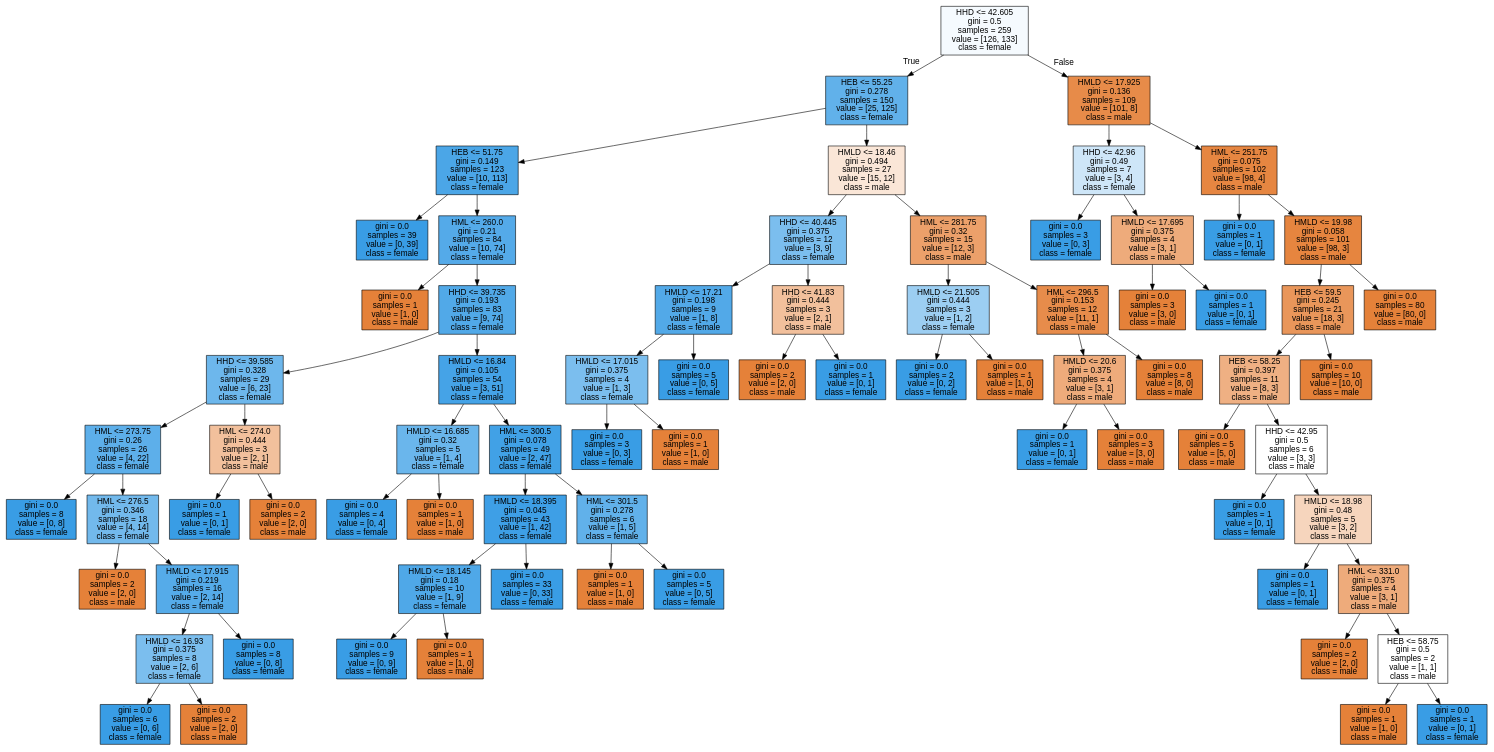
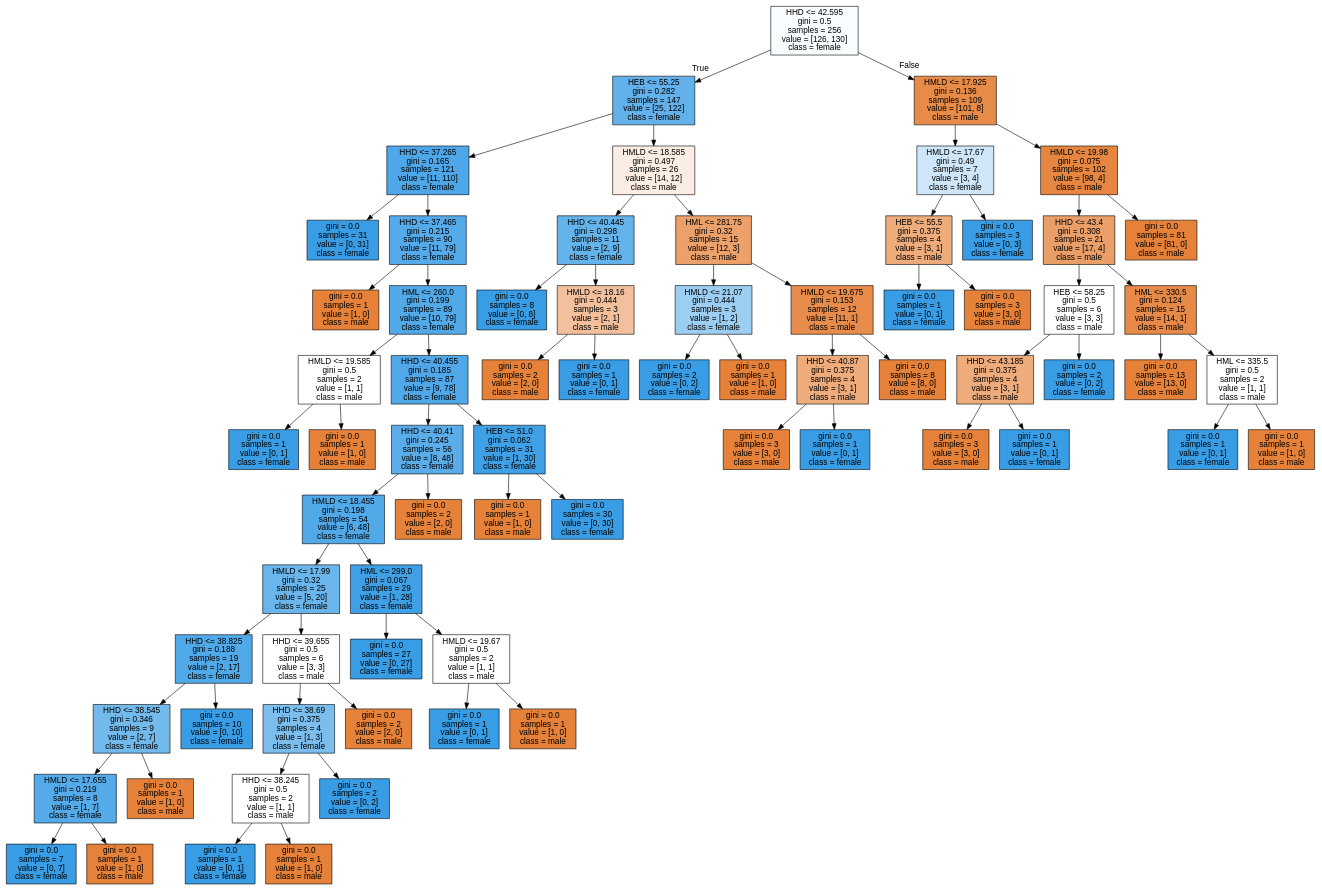
The diagram in data/decision_trees/tree_sex_humerus.dot (AndreeaBolonyi/ReconstituiriIstorice), drawn with Graphviz before and after one commit. The commit also changed 4 other files, not shown here.

```diff
--- a/data/decision_trees/tree_sex_humerus.dot
+++ b/data/decision_trees/tree_sex_humerus.dot
@@ -1,153 +1,145 @@
 digraph Tree {
 node [shape=box, style="filled", color="black", fontname="helvetica"] ;
 edge [fontname="helvetica"] ;
-0 [label="HHD <= 42.605\ngini = 0.5\nsamples = 259\nvalue = [126, 133]\nclass = female", fillcolor="#f5fafe"] ;
-1 [label="HEB <= 55.25\ngini = 0.278\nsamples = 150\nvalue = [25, 125]\nclass = female", fillcolor="#61b1ea"] ;
+0 [label="HHD <= 42.595\ngini = 0.5\nsamples = 256\nvalue = [126, 130]\nclass = female", fillcolor="#f9fcfe"] ;
+1 [label="HEB <= 55.25\ngini = 0.282\nsamples = 147\nvalue = [25, 122]\nclass = female", fillcolor="#62b1ea"] ;
 0 -> 1 [labeldistance=2.5, labelangle=45, headlabel="True"] ;
-2 [label="HEB <= 51.75\ngini = 0.149\nsamples = 123\nvalue = [10, 113]\nclass = female", fillcolor="#4ba6e7"] ;
+2 [label="HHD <= 37.265\ngini = 0.165\nsamples = 121\nvalue = [11, 110]\nclass = female", fillcolor="#4da7e8"] ;
 1 -> 2 ;
-3 [label="gini = 0.0\nsamples = 39\nvalue = [0, 39]\nclass = female", fillcolor="#399de5"] ;
+3 [label="gini = 0.0\nsamples = 31\nvalue = [0, 31]\nclass = female", fillcolor="#399de5"] ;
 2 -> 3 ;
-4 [label="HML <= 260.0\ngini = 0.21\nsamples = 84\nvalue = [10, 74]\nclass = female", fillcolor="#54aae9"] ;
+4 [label="HHD <= 37.465\ngini = 0.215\nsamples = 90\nvalue = [11, 79]\nclass = female", fillcolor="#55abe9"] ;
 2 -> 4 ;
 5 [label="gini = 0.0\nsamples = 1\nvalue = [1, 0]\nclass = male", fillcolor="#e58139"] ;
 4 -> 5 ;
-6 [label="HHD <= 39.735\ngini = 0.193\nsamples = 83\nvalue = [9, 74]\nclass = female", fillcolor="#51a9e8"] ;
+6 [label="HML <= 260.0\ngini = 0.199\nsamples = 89\nvalue = [10, 79]\nclass = female", fillcolor="#52a9e8"] ;
 4 -> 6 ;
-7 [label="HHD <= 39.585\ngini = 0.328\nsamples = 29\nvalue = [6, 23]\nclass = female", fillcolor="#6db7ec"] ;
+7 [label="HMLD <= 19.585\ngini = 0.5\nsamples = 2\nvalue = [1, 1]\nclass = male", fillcolor="#ffffff"] ;
 6 -> 7 ;
-8 [label="HML <= 273.75\ngini = 0.26\nsamples = 26\nvalue = [4, 22]\nclass = female", fillcolor="#5dafea"] ;
+8 [label="gini = 0.0\nsamples = 1\nvalue = [0, 1]\nclass = female", fillcolor="#399de5"] ;
 7 -> 8 ;
-9 [label="gini = 0.0\nsamples = 8\nvalue = [0, 8]\nclass = female", fillcolor="#399de5"] ;
-8 -> 9 ;
-10 [label="HML <= 276.5\ngini = 0.346\nsamples = 18\nvalue = [4, 14]\nclass = female", fillcolor="#72b9ec"] ;
-8 -> 10 ;
-11 [label="gini = 0.0\nsamples = 2\nvalue = [2, 0]\nclass = male", fillcolor="#e58139"] ;
+9 [label="gini = 0.0\nsamples = 1\nvalue = [1, 0]\nclass = male", fillcolor="#e58139"] ;
+7 -> 9 ;
+10 [label="HHD <= 40.455\ngini = 0.185\nsamples = 87\nvalue = [9, 78]\nclass = female", fillcolor="#50a8e8"] ;
+6 -> 10 ;
+11 [label="HHD <= 40.41\ngini = 0.245\nsamples = 56\nvalue = [8, 48]\nclass = female", fillcolor="#5aade9"] ;
 10 -> 11 ;
-12 [label="HMLD <= 17.915\ngini = 0.219\nsamples = 16\nvalue = [2, 14]\nclass = female", fillcolor="#55abe9"] ;
-10 -> 12 ;
-13 [label="HMLD <= 16.93\ngini = 0.375\nsamples = 8\nvalue = [2, 6]\nclass = female", fillcolor="#7bbeee"] ;
+12 [label="HMLD <= 18.455\ngini = 0.198\nsamples = 54\nvalue = [6, 48]\nclass = female", fillcolor="#52a9e8"] ;
+11 -> 12 ;
+13 [label="HMLD <= 17.99\ngini = 0.32\nsamples = 25\nvalue = [5, 20]\nclass = female", fillcolor="#6ab6ec"] ;
 12 -> 13 ;
-14 [label="gini = 0.0\nsamples = 6\nvalue = [0, 6]\nclass = female", fillcolor="#399de5"] ;
+14 [label="HHD <= 38.825\ngini = 0.188\nsamples = 19\nvalue = [2, 17]\nclass = female", fillcolor="#50a9e8"] ;
 13 -> 14 ;
-15 [label="gini = 0.0\nsamples = 2\nvalue = [2, 0]\nclass = male", fillcolor="#e58139"] ;
-13 -> 15 ;
-16 [label="gini = 0.0\nsamples = 8\nvalue = [0, 8]\nclass = female", fillcolor="#399de5"] ;
-12 -> 16 ;
-17 [label="HML <= 274.0\ngini = 0.444\nsamples = 3\nvalue = [2, 1]\nclass = male", fillcolor="#f2c09c"] ;
-7 -> 17 ;
-18 [label="gini = 0.0\nsamples = 1\nvalue = [0, 1]\nclass = female", fillcolor="#399de5"] ;
-17 -> 18 ;
-19 [label="gini = 0.0\nsamples = 2\nvalue = [2, 0]\nclass = male", fillcolor="#e58139"] ;
-17 -> 19 ;
-20 [label="HMLD <= 16.84\ngini = 0.105\nsamples = 54\nvalue = [3, 51]\nclass = female", fillcolor="#45a3e7"] ;
-6 -> 20 ;
-21 [label="HMLD <= 16.685\ngini = 0.32\nsamples = 5\nvalue = [1, 4]\nclass = female", fillcolor="#6ab6ec"] ;
-20 -> 21 ;
-22 [label="gini = 0.0\nsamples = 4\nvalue = [0, 4]\nclass = female", fillcolor="#399de5"] ;
+15 [label="HHD <= 38.545\ngini = 0.346\nsamples = 9\nvalue = [2, 7]\nclass = female", fillcolor="#72b9ec"] ;
+14 -> 15 ;
+16 [label="HMLD <= 17.655\ngini = 0.219\nsamples = 8\nvalue = [1, 7]\nclass = female", fillcolor="#55abe9"] ;
+15 -> 16 ;
+17 [label="gini = 0.0\nsamples = 7\nvalue = [0, 7]\nclass = female", fillcolor="#399de5"] ;
+16 -> 17 ;
+18 [label="gini = 0.0\nsamples = 1\nvalue = [1, 0]\nclass = male", fillcolor="#e58139"] ;
+16 -> 18 ;
+19 [label="gini = 0.0\nsamples = 1\nvalue = [1, 0]\nclass = male", fillcolor="#e58139"] ;
+15 -> 19 ;
+20 [label="gini = 0.0\nsamples = 10\nvalue = [0, 10]\nclass = female", fillcolor="#399de5"] ;
+14 -> 20 ;
+21 [label="HHD <= 39.655\ngini = 0.5\nsamples = 6\nvalue = [3, 3]\nclass = male", fillcolor="#ffffff"] ;
+13 -> 21 ;
+22 [label="HHD <= 38.69\ngini = 0.375\nsamples = 4\nvalue = [1, 3]\nclass = female", fillcolor="#7bbeee"] ;
 21 -> 22 ;
-23 [label="gini = 0.0\nsamples = 1\nvalue = [1, 0]\nclass = male", fillcolor="#e58139"] ;
-21 -> 23 ;
-24 [label="HML <= 300.5\ngini = 0.078\nsamples = 49\nvalue = [2, 47]\nclass = female", fillcolor="#41a1e6"] ;
-20 -> 24 ;
-25 [label="HMLD <= 18.395\ngini = 0.045\nsamples = 43\nvalue = [1, 42]\nclass = female", fillcolor="#3e9fe6"] ;
-24 -> 25 ;
-26 [label="HMLD <= 18.145\ngini = 0.18\nsamples = 10\nvalue = [1, 9]\nclass = female", fillcolor="#4fa8e8"] ;
-25 -> 26 ;
-27 [label="gini = 0.0\nsamples = 9\nvalue = [0, 9]\nclass = female", fillcolor="#399de5"] ;
-26 -> 27 ;
-28 [label="gini = 0.0\nsamples = 1\nvalue = [1, 0]\nclass = male", fillcolor="#e58139"] ;
-26 -> 28 ;
-29 [label="gini = 0.0\nsamples = 33\nvalue = [0, 33]\nclass = female", fillcolor="#399de5"] ;
-25 -> 29 ;
-30 [label="HML <= 301.5\ngini = 0.278\nsamples = 6\nvalue = [1, 5]\nclass = female", fillcolor="#61b1ea"] ;
-24 -> 30 ;
-31 [label="gini = 0.0\nsamples = 1\nvalue = [1, 0]\nclass = male", fillcolor="#e58139"] ;
+23 [label="HHD <= 38.245\ngini = 0.5\nsamples = 2\nvalue = [1, 1]\nclass = male", fillcolor="#ffffff"] ;
+22 -> 23 ;
+24 [label="gini = 0.0\nsamples = 1\nvalue = [0, 1]\nclass = female", fillcolor="#399de5"] ;
+23 -> 24 ;
+25 [label="gini = 0.0\nsamples = 1\nvalue = [1, 0]\nclass = male", fillcolor="#e58139"] ;
+23 -> 25 ;
+26 [label="gini = 0.0\nsamples = 2\nvalue = [0, 2]\nclass = female", fillcolor="#399de5"] ;
+22 -> 26 ;
+27 [label="gini = 0.0\nsamples = 2\nvalue = [2, 0]\nclass = male", fillcolor="#e58139"] ;
+21 -> 27 ;
+28 [label="HML <= 299.0\ngini = 0.067\nsamples = 29\nvalue = [1, 28]\nclass = female", fillcolor="#40a0e6"] ;
+12 -> 28 ;
+29 [label="gini = 0.0\nsamples = 27\nvalue = [0, 27]\nclass = female", fillcolor="#399de5"] ;
+28 -> 29 ;
+30 [label="HMLD <= 19.67\ngini = 0.5\nsamples = 2\nvalue = [1, 1]\nclass = male", fillcolor="#ffffff"] ;
+28 -> 30 ;
+31 [label="gini = 0.0\nsamples = 1\nvalue = [0, 1]\nclass = female", fillcolor="#399de5"] ;
 30 -> 31 ;
-32 [label="gini = 0.0\nsamples = 5\nvalue = [0, 5]\nclass = female", fillcolor="#399de5"] ;
+32 [label="gini = 0.0\nsamples = 1\nvalue = [1, 0]\nclass = male", fillcolor="#e58139"] ;
 30 -> 32 ;
-33 [label="HMLD <= 18.46\ngini = 0.494\nsamples = 27\nvalue = [15, 12]\nclass = male", fillcolor="#fae6d7"] ;
-1 -> 33 ;
-34 [label="HHD <= 40.445\ngini = 0.375\nsamples = 12\nvalue = [3, 9]\nclass = female", fillcolor="#7bbeee"] ;
-33 -> 34 ;
-35 [label="HMLD <= 17.21\ngini = 0.198\nsamples = 9\nvalue = [1, 8]\nclass = female", fillcolor="#52a9e8"] ;
+33 [label="gini = 0.0\nsamples = 2\nvalue = [2, 0]\nclass = male", fillcolor="#e58139"] ;
+11 -> 33 ;
+34 [label="HEB <= 51.0\ngini = 0.062\nsamples = 31\nvalue = [1, 30]\nclass = female", fillcolor="#40a0e6"] ;
+10 -> 34 ;
+35 [label="gini = 0.0\nsamples = 1\nvalue = [1, 0]\nclass = male", fillcolor="#e58139"] ;
 34 -> 35 ;
-36 [label="HMLD <= 17.015\ngini = 0.375\nsamples = 4\nvalue = [1, 3]\nclass = female", fillcolor="#7bbeee"] ;
-35 -> 36 ;
-37 [label="gini = 0.0\nsamples = 3\nvalue = [0, 3]\nclass = female", fillcolor="#399de5"] ;
-36 -> 37 ;
-38 [label="gini = 0.0\nsamples = 1\nvalue = [1, 0]\nclass = male", fillcolor="#e58139"] ;
-36 -> 38 ;
-39 [label="gini = 0.0\nsamples = 5\nvalue = [0, 5]\nclass = female", fillcolor="#399de5"] ;
-35 -> 39 ;
-40 [label="HHD <= 41.83\ngini = 0.444\nsamples = 3\nvalue = [2, 1]\nclass = male", fillcolor="#f2c09c"] ;
-34 -> 40 ;
+36 [label="gini = 0.0\nsamples = 30\nvalue = [0, 30]\nclass = female", fillcolor="#399de5"] ;
+34 -> 36 ;
+37 [label="HMLD <= 18.585\ngini = 0.497\nsamples = 26\nvalue = [14, 12]\nclass = male", fillcolor="#fbede3"] ;
+1 -> 37 ;
+38 [label="HHD <= 40.445\ngini = 0.298\nsamples = 11\nvalue = [2, 9]\nclass = female", fillcolor="#65b3eb"] ;
+37 -> 38 ;
+39 [label="gini = 0.0\nsamples = 8\nvalue = [0, 8]\nclass = female", fillcolor="#399de5"] ;
+38 -> 39 ;
+40 [label="HMLD <= 18.16\ngini = 0.444\nsamples = 3\nvalue = [2, 1]\nclass = male", fillcolor="#f2c09c"] ;
+38 -> 40 ;
 41 [label="gini = 0.0\nsamples = 2\nvalue = [2, 0]\nclass = male", fillcolor="#e58139"] ;
 40 -> 41 ;
 42 [label="gini = 0.0\nsamples = 1\nvalue = [0, 1]\nclass = female", fillcolor="#399de5"] ;
 40 -> 42 ;
 43 [label="HML <= 281.75\ngini = 0.32\nsamples = 15\nvalue = [12, 3]\nclass = male", fillcolor="#eca06a"] ;
-33 -> 43 ;
-44 [label="HMLD <= 21.505\ngini = 0.444\nsamples = 3\nvalue = [1, 2]\nclass = female", fillcolor="#9ccef2"] ;
+37 -> 43 ;
+44 [label="HMLD <= 21.07\ngini = 0.444\nsamples = 3\nvalue = [1, 2]\nclass = female", fillcolor="#9ccef2"] ;
 43 -> 44 ;
 45 [label="gini = 0.0\nsamples = 2\nvalue = [0, 2]\nclass = female", fillcolor="#399de5"] ;
 44 -> 45 ;
 46 [label="gini = 0.0\nsamples = 1\nvalue = [1, 0]\nclass = male", fillcolor="#e58139"] ;
 44 -> 46 ;
-47 [label="HML <= 296.5\ngini = 0.153\nsamples = 12\nvalue = [11, 1]\nclass = male", fillcolor="#e78c4b"] ;
+47 [label="HMLD <= 19.675\ngini = 0.153\nsamples = 12\nvalue = [11, 1]\nclass = male", fillcolor="#e78c4b"] ;
 43 -> 47 ;
-48 [label="HMLD <= 20.6\ngini = 0.375\nsamples = 4\nvalue = [3, 1]\nclass = male", fillcolor="#eeab7b"] ;
+48 [label="HHD <= 40.87\ngini = 0.375\nsamples = 4\nvalue = [3, 1]\nclass = male", fillcolor="#eeab7b"] ;
 47 -> 48 ;
-49 [label="gini = 0.0\nsamples = 1\nvalue = [0, 1]\nclass = female", fillcolor="#399de5"] ;
+49 [label="gini = 0.0\nsamples = 3\nvalue = [3, 0]\nclass = male", fillcolor="#e58139"] ;
 48 -> 49 ;
-50 [label="gini = 0.0\nsamples = 3\nvalue = [3, 0]\nclass = male", fillcolor="#e58139"] ;
+50 [label="gini = 0.0\nsamples = 1\nvalue = [0, 1]\nclass = female", fillcolor="#399de5"] ;
 48 -> 50 ;
 51 [label="gini = 0.0\nsamples = 8\nvalue = [8, 0]\nclass = male", fillcolor="#e58139"] ;
 47 -> 51 ;
 52 [label="HMLD <= 17.925\ngini = 0.136\nsamples = 109\nvalue = [101, 8]\nclass = male", fillcolor="#e78b49"] ;
 0 -> 52 [labeldistance=2.5, labelangle=-45, headlabel="False"] ;
-53 [label="HHD <= 42.96\ngini = 0.49\nsamples = 7\nvalue = [3, 4]\nclass = female", fillcolor="#cee6f8"] ;
+53 [label="HMLD <= 17.67\ngini = 0.49\nsamples = 7\nvalue = [3, 4]\nclass = female", fillcolor="#cee6f8"] ;
 52 -> 53 ;
-54 [label="gini = 0.0\nsamples = 3\nvalue = [0, 3]\nclass = female", fillcolor="#399de5"] ;
+54 [label="HEB <= 55.5\ngini = 0.375\nsamples = 4\nvalue = [3, 1]\nclass = male", fillcolor="#eeab7b"] ;
 53 -> 54 ;
-55 [label="HMLD <= 17.695\ngini = 0.375\nsamples = 4\nvalue = [3, 1]\nclass = male", fillcolor="#eeab7b"] ;
-53 -> 55 ;
+55 [label="gini = 0.0\nsamples = 1\nvalue = [0, 1]\nclass = female", fillcolor="#399de5"] ;
+54 -> 55 ;
 56 [label="gini = 0.0\nsamples = 3\nvalue = [3, 0]\nclass = male", fillcolor="#e58139"] ;
-55 -> 56 ;
-57 [label="gini = 0.0\nsamples = 1\nvalue = [0, 1]\nclass = female", fillcolor="#399de5"] ;
-55 -> 57 ;
-58 [label="HML <= 251.75\ngini = 0.075\nsamples = 102\nvalue = [98, 4]\nclass = male", fillcolor="#e68641"] ;
+54 -> 56 ;
+57 [label="gini = 0.0\nsamples = 3\nvalue = [0, 3]\nclass = female", fillcolor="#399de5"] ;
+53 -> 57 ;
+58 [label="HMLD <= 19.98\ngini = 0.075\nsamples = 102\nvalue = [98, 4]\nclass = male", fillcolor="#e68641"] ;
 52 -> 58 ;
-59 [label="gini = 0.0\nsamples = 1\nvalue = [0, 1]\nclass = female", fillcolor="#399de5"] ;
+59 [label="HHD <= 43.4\ngini = 0.308\nsamples = 21\nvalue = [17, 4]\nclass = male", fillcolor="#eb9f68"] ;
 58 -> 59 ;
-60 [label="HMLD <= 19.98\ngini = 0.058\nsamples = 101\nvalue = [98, 3]\nclass = male", fillcolor="#e6853f"] ;
-58 -> 60 ;
-61 [label="HEB <= 59.5\ngini = 0.245\nsamples = 21\nvalue = [18, 3]\nclass = male", fillcolor="#e9965a"] ;
+60 [label="HEB <= 58.25\ngini = 0.5\nsamples = 6\nvalue = [3, 3]\nclass = male", fillcolor="#ffffff"] ;
+59 -> 60 ;
+61 [label="HHD <= 43.185\ngini = 0.375\nsamples = 4\nvalue = [3, 1]\nclass = male", fillcolor="#eeab7b"] ;
 60 -> 61 ;
-62 [label="HEB <= 58.25\ngini = 0.397\nsamples = 11\nvalue = [8, 3]\nclass = male", fillcolor="#efb083"] ;
+62 [label="gini = 0.0\nsamples = 3\nvalue = [3, 0]\nclass = male", fillcolor="#e58139"] ;
 61 -> 62 ;
-63 [label="gini = 0.0\nsamples = 5\nvalue = [5, 0]\nclass = male", fillcolor="#e58139"] ;
-62 -> 63 ;
-64 [label="HHD <= 42.95\ngini = 0.5\nsamples = 6\nvalue = [3, 3]\nclass = male", fillcolor="#ffffff"] ;
-62 -> 64 ;
-65 [label="gini = 0.0\nsamples = 1\nvalue = [0, 1]\nclass = female", fillcolor="#399de5"] ;
-64 -> 65 ;
-66 [label="HMLD <= 18.98\ngini = 0.48\nsamples = 5\nvalue = [3, 2]\nclass = male", fillcolor="#f6d5bd"] ;
-64 -> 66 ;
-67 [label="gini = 0.0\nsamples = 1\nvalue = [0, 1]\nclass = female", fillcolor="#399de5"] ;
-66 -> 67 ;
-68 [label="HML <= 331.0\ngini = 0.375\nsamples = 4\nvalue = [3, 1]\nclass = male", fillcolor="#eeab7b"] ;
-66 -> 68 ;
-69 [label="gini = 0.0\nsamples = 2\nvalue = [2, 0]\nclass = male", fillcolor="#e58139"] ;
-68 -> 69 ;
-70 [label="HEB <= 58.75\ngini = 0.5\nsamples = 2\nvalue = [1, 1]\nclass = male", fillcolor="#ffffff"] ;
-68 -> 70 ;
-71 [label="gini = 0.0\nsamples = 1\nvalue = [1, 0]\nclass = male", fillcolor="#e58139"] ;
-70 -> 71 ;
-72 [label="gini = 0.0\nsamples = 1\nvalue = [0, 1]\nclass = female", fillcolor="#399de5"] ;
-70 -> 72 ;
-73 [label="gini = 0.0\nsamples = 10\nvalue = [10, 0]\nclass = male", fillcolor="#e58139"] ;
-61 -> 73 ;
-74 [label="gini = 0.0\nsamples = 80\nvalue = [80, 0]\nclass = male", fillcolor="#e58139"] ;
-60 -> 74 ;
+63 [label="gini = 0.0\nsamples = 1\nvalue = [0, 1]\nclass = female", fillcolor="#399de5"] ;
+61 -> 63 ;
+64 [label="gini = 0.0\nsamples = 2\nvalue = [0, 2]\nclass = female", fillcolor="#399de5"] ;
+60 -> 64 ;
+65 [label="HML <= 330.5\ngini = 0.124\nsamples = 15\nvalue = [14, 1]\nclass = male", fillcolor="#e78a47"] ;
+59 -> 65 ;
+66 [label="gini = 0.0\nsamples = 13\nvalue = [13, 0]\nclass = male", fillcolor="#e58139"] ;
+65 -> 66 ;
+67 [label="HML <= 335.5\ngini = 0.5\nsamples = 2\nvalue = [1, 1]\nclass = male", fillcolor="#ffffff"] ;
+65 -> 67 ;
+68 [label="gini = 0.0\nsamples = 1\nvalue = [0, 1]\nclass = female", fillcolor="#399de5"] ;
+67 -> 68 ;
+69 [label="gini = 0.0\nsamples = 1\nvalue = [1, 0]\nclass = male", fillcolor="#e58139"] ;
+67 -> 69 ;
+70 [label="gini = 0.0\nsamples = 81\nvalue = [81, 0]\nclass = male", fillcolor="#e58139"] ;
+58 -> 70 ;
 }
```
